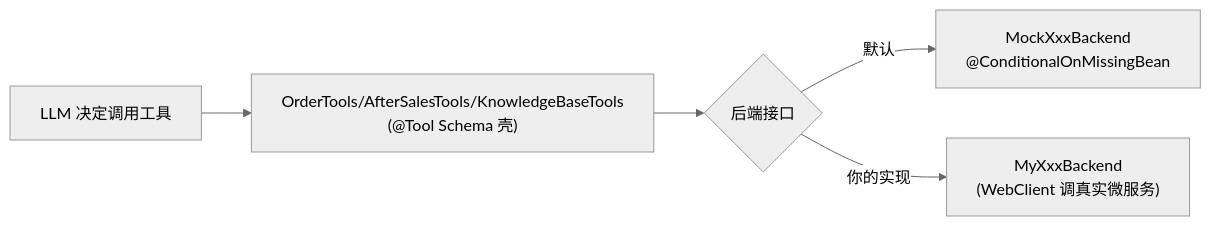
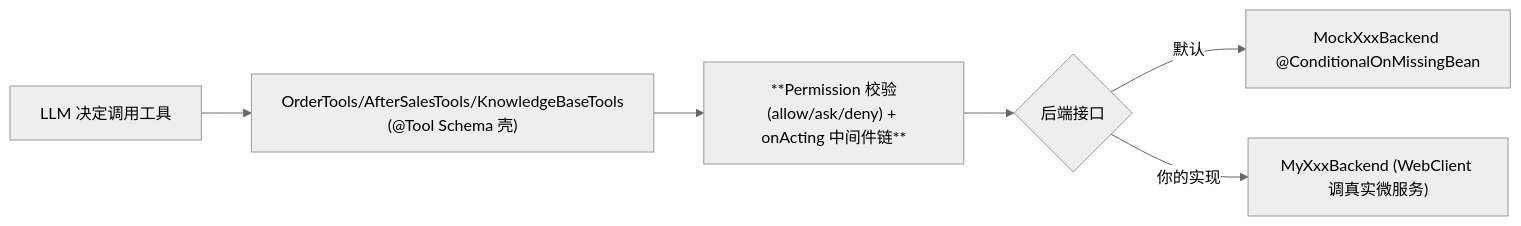
Diagram 18 of 26 in docs/详细技术文档.md (liulangjietou/customer_work), drawn with Mermaid (neutral theme) before and after one commit. The commit also changed other lines of this file, not shown here.

````diff
--- a/docs/详细技术文档.md
+++ b/docs/详细技术文档.md
@@ -593,7 +608,8 @@
 ```mermaid
 flowchart LR
     LLM[LLM 决定调用工具] --> Tools["OrderTools/AfterSalesTools/KnowledgeBaseTools<br/>(@Tool Schema 壳)"]
-    Tools --> BE{后端接口}
-    BE -->|默认| MOCK["MockXxxBackend<br/>@ConditionalOnMissingBean"]
-    BE -->|你的实现| MINE["MyXxxBackend<br/>(WebClient 调真实微服务)"]
+    Tools --> PERM["**Permission 校验(allow/ask/deny) + onActing 中间件链**"]
+    PERM --> BE{后端接口}
+    BE -->|默认| MOCK["MockXxxBackend @ConditionalOnMissingBean"]
+    BE -->|你的实现| MINE["MyXxxBackend (WebClient 调真实微服务)"]
 ```
````
